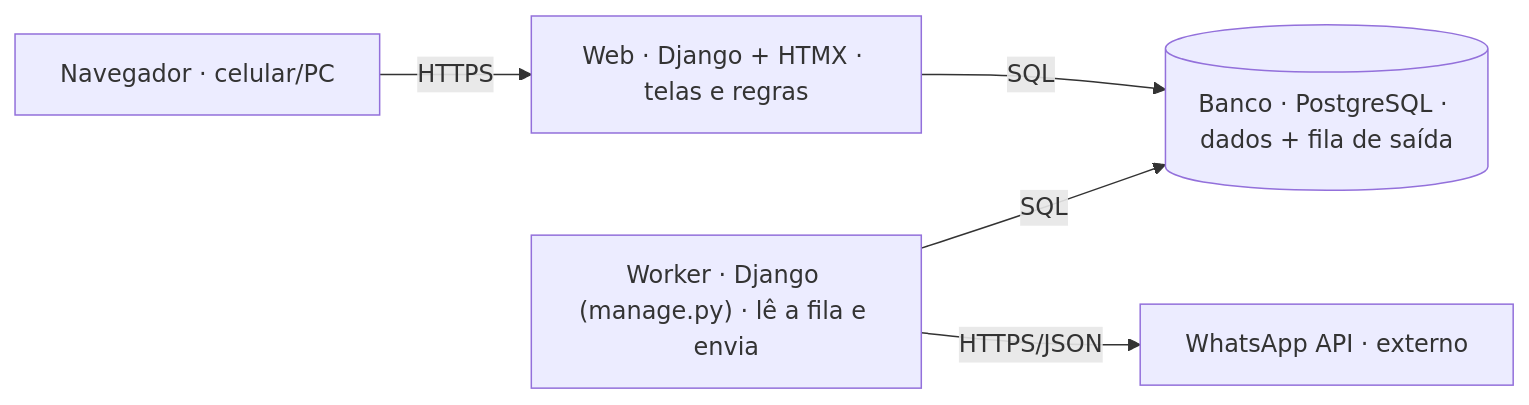
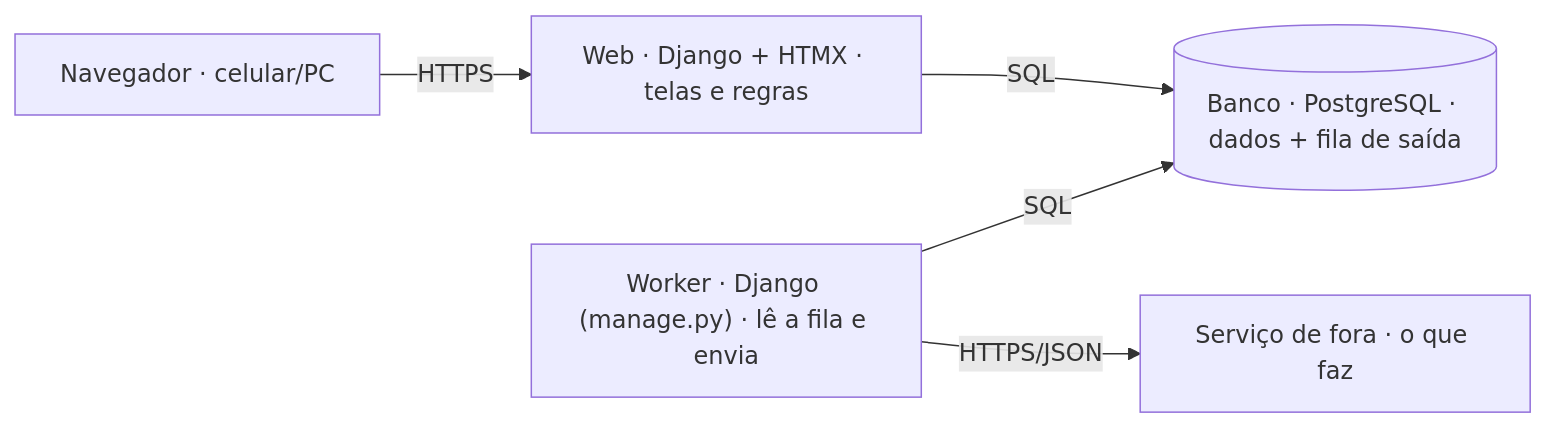
The third of 5 diagrams in docs/modelos/arquitetura.md (septa-systems/septa-handbook), drawn with Mermaid before and after one commit. The commit also changed other lines of this file and 1 other file, not shown here.

````diff
--- a/docs/modelos/arquitetura.md
+++ b/docs/modelos/arquitetura.md
@@ -25,7 +37,7 @@
 ```mermaid
 flowchart LR
   nav["Navegador · celular/PC"] -- "HTTPS" --> web["Web · Django + HTMX · telas e regras"]
   web -- "SQL" --> db[("Banco · PostgreSQL · dados + fila de saída")]
   worker["Worker · Django (manage.py) · lê a fila e envia"] -- "SQL" --> db
-  worker -- "HTTPS/JSON" --> whatsapp["WhatsApp API · externo"]
+  worker -- "HTTPS/JSON" --> ext["Serviço de fora · o que faz"]
 ```
````
